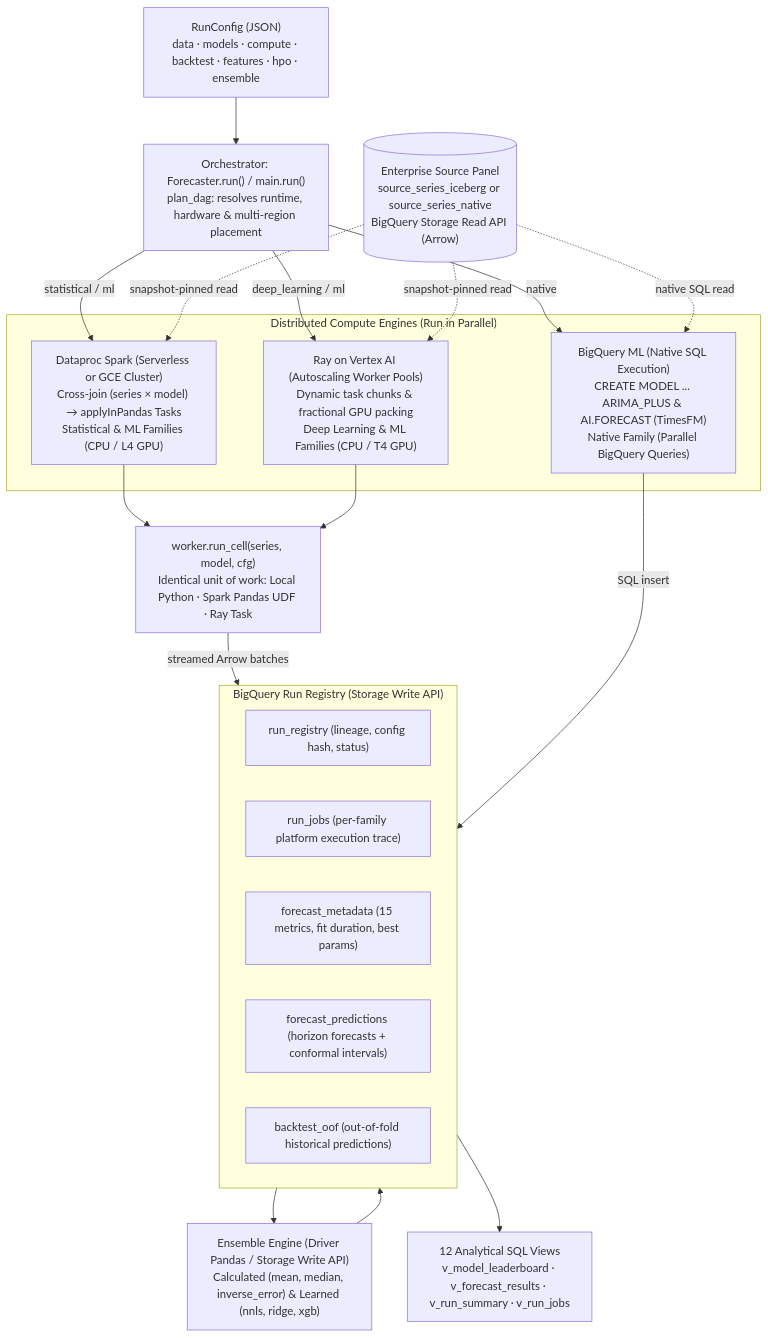
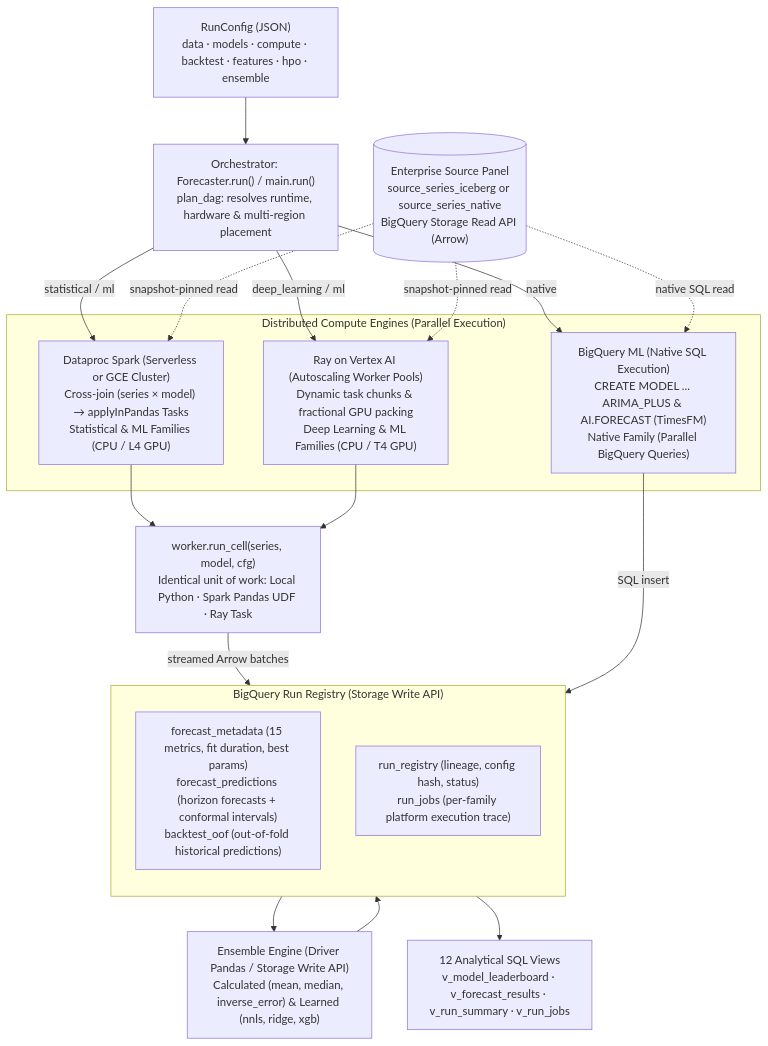
Before and after one commit to statmike/scale-forecasting: the second of 4 diagrams in README.md, drawn with Mermaid. The commit also changed other lines of this file, not shown here.

Commit message:
docs: make Mermaid diagrams vertically stacked for font readability and add Config and Extensibility sections to README

````diff
--- a/README.md
+++ b/README.md
@@ -139,43 +219,41 @@
 ```mermaid
 flowchart TB
     cfg["RunConfig (JSON)<br/>data · models · compute · backtest · features · hpo · ensemble"]
     orch["Orchestrator: Forecaster.run() / main.run()<br/>plan_dag: resolves runtime, hardware & multi-region placement"]
     cfg --> orch
 
-    subgraph compute["Distributed Compute Engines (Run in Parallel)"]
+    subgraph compute["Distributed Compute Engines (Parallel Execution)"]
         spark["Dataproc Spark (Serverless or GCE Cluster)<br/>Cross-join (series × model) → applyInPandas Tasks<br/>Statistical & ML Families (CPU / L4 GPU)"]
         ray["Ray on Vertex AI (Autoscaling Worker Pools)<br/>Dynamic task chunks & fractional GPU packing<br/>Deep Learning & ML Families (CPU / T4 GPU)"]
         bq["BigQuery ML (Native SQL Execution)<br/>CREATE MODEL ... ARIMA_PLUS & AI.FORECAST (TimesFM)<br/>Native Family (Parallel BigQuery Queries)"]
     end
 
     orch -->|"statistical / ml"| spark
     orch -->|"deep_learning / ml"| ray
     orch -->|"native"| bq
 
     unit["worker.run_cell(series, model, cfg)<br/>Identical unit of work: Local Python · Spark Pandas UDF · Ray Task"]
     spark --> unit
     ray --> unit
 
     source[("Enterprise Source Panel<br/>source_series_iceberg or source_series_native<br/>BigQuery Storage Read API (Arrow)")]
     source -.->|snapshot-pinned read| spark
     source -.->|snapshot-pinned read| ray
     source -.->|native SQL read| bq
 
     subgraph registry["BigQuery Run Registry (Storage Write API)"]
-        r_head["run_registry (lineage, config hash, status)"]
-        r_jobs["run_jobs (per-family platform execution trace)"]
-        r_meta["forecast_metadata (15 metrics, fit duration, best params)"]
-        r_pred["forecast_predictions (horizon forecasts + conformal intervals)"]
-        r_oof["backtest_oof (out-of-fold historical predictions)"]
+        direction TB
+        r_meta["forecast_metadata (15 metrics, fit duration, best params)<br/>forecast_predictions (horizon forecasts + conformal intervals)<br/>backtest_oof (out-of-fold historical predictions)"]
+        r_trace["run_registry (lineage, config hash, status)<br/>run_jobs (per-family platform execution trace)"]
     end
 
     unit -->|streamed Arrow batches| registry
     bq -->|SQL insert| registry
 
     ens["Ensemble Engine (Driver Pandas / Storage Write API)<br/>Calculated (mean, median, inverse_error) & Learned (nnls, ridge, xgb)"]
     registry --> ens
     ens --> registry
 
     views["12 Analytical SQL Views<br/>v_model_leaderboard · v_forecast_results · v_run_summary · v_run_jobs"]
     registry --> views
 ```
````
